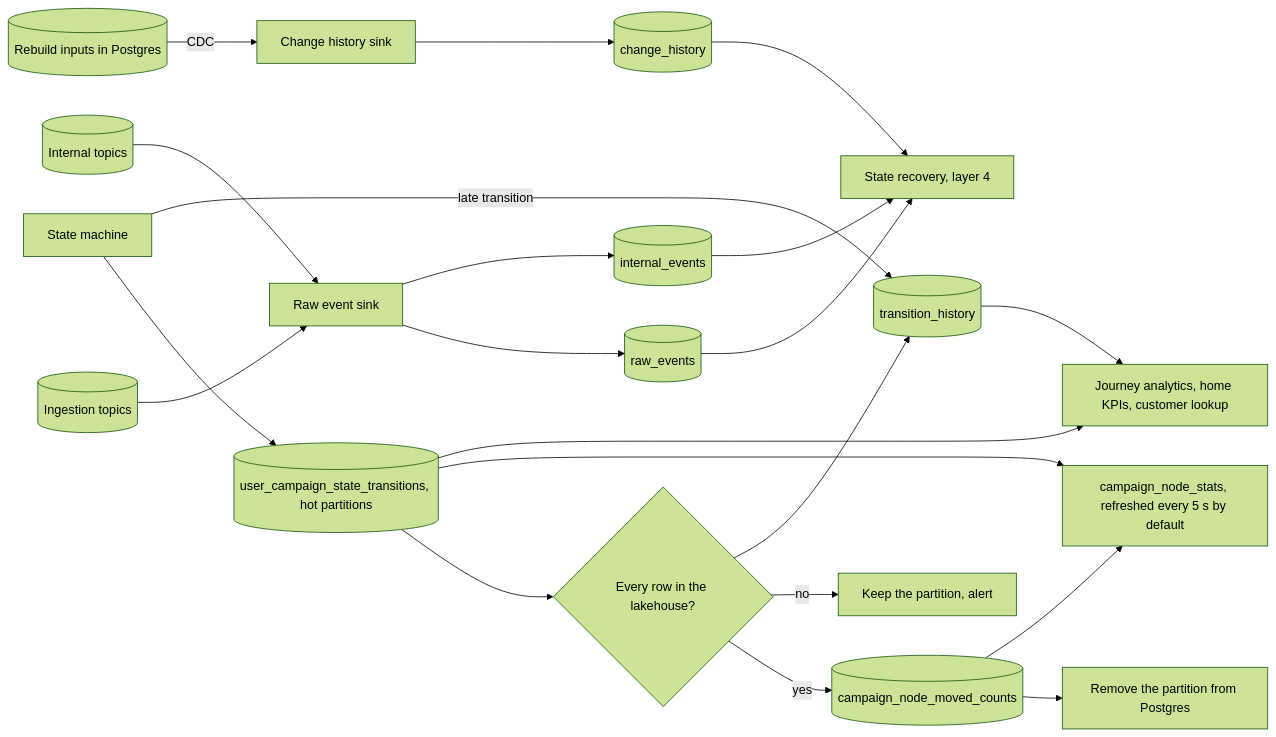
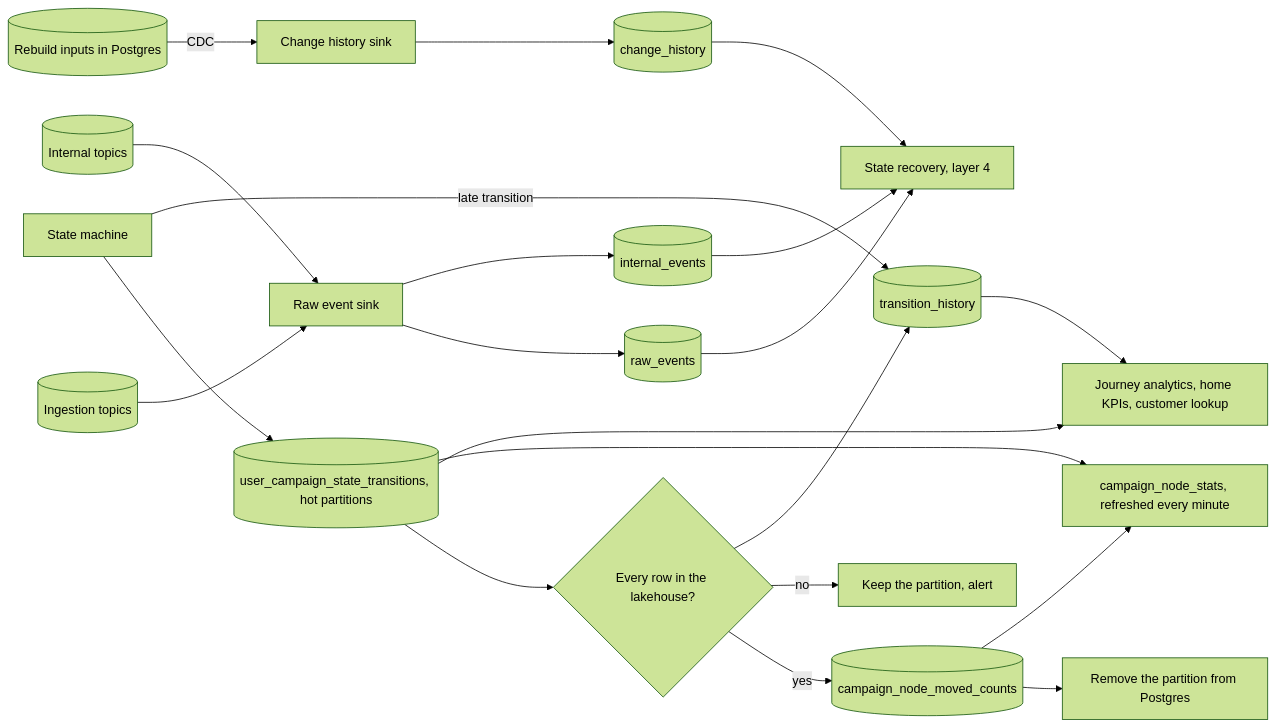
Before and after one commit to 18120158binh/salarose: the diagram in docs/internal/architecture/components/lakehouse.md, drawn with Mermaid (forest theme). The commit also changed other lines of this file and 8 other files, not shown here.

````diff
--- a/docs/internal/architecture/components/lakehouse.md
+++ b/docs/internal/architecture/components/lakehouse.md
@@ -70,23 +70,23 @@
 ```mermaid
 flowchart LR
 	topics[(Ingestion topics)] --> rawsink[Raw event sink]
 	rawsink --> raw[(raw_events)]
 	sm[State machine] --> hot[(user_campaign_state_transitions, hot partitions)]
 	sm -- late transition --> hist
 	hot --> move{Every row in the lakehouse?}
 	move -- yes --> counts[(campaign_node_moved_counts)]
 	counts --> drop[Remove the partition from Postgres]
-	hot --> stats[campaign_node_stats, refreshed every 5 s by default]
+	hot --> stats[campaign_node_stats, refreshed every minute]
 	counts --> stats
 	move -- no --> keep[Keep the partition, alert]
 	move --> hist[(transition_history)]
 	internal[(Internal topics)] --> rawsink
 	rawsink --> intev[(internal_events)]
 	pgin[(Rebuild inputs in Postgres)] -- CDC --> chsink[Change history sink]
 	chsink --> changes[(change_history)]
 	raw --> rebuild[State recovery, layer 4]
 	intev --> rebuild
 	changes --> rebuild
 	hot --> analytics[Journey analytics, home KPIs, customer lookup]
 	hist --> analytics
 ```
````
